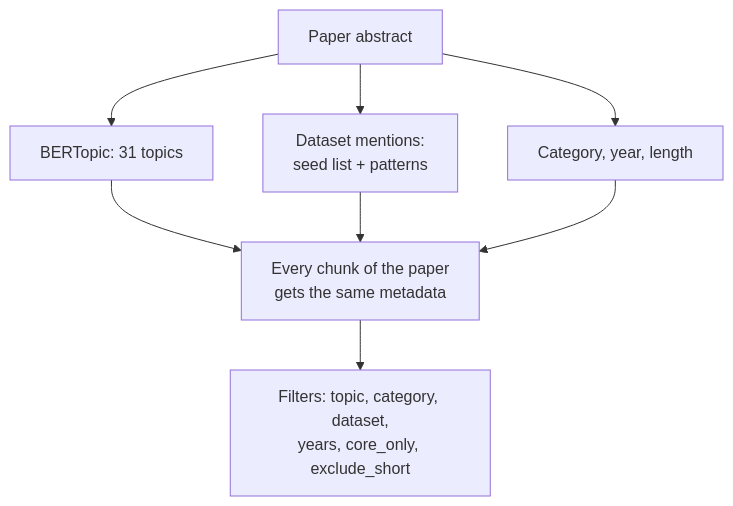
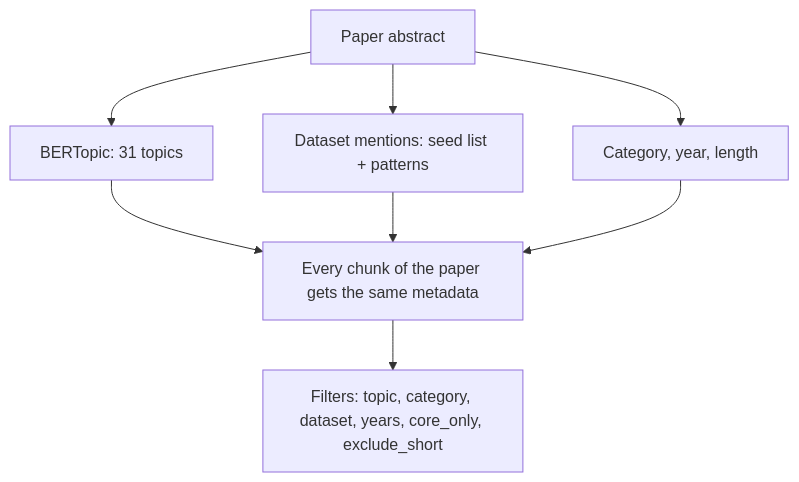
The third of 3 diagrams in README.md (NoorFatima-14/Parallax-internship), drawn with Mermaid before and after one commit. The commit also changed other lines of this file, not shown here.

````diff
--- a/README.md
+++ b/README.md
@@ -98,10 +94,10 @@
 ```mermaid
 flowchart TD
-    DOC[Paper abstract] --> T[BERTopic: 31 topics]
-    DOC --> N[Dataset mentions:<br/>seed list + patterns]
-    DOC --> M[Category, year, length]
-    T --> CH[Every chunk of the paper<br/>gets the same metadata]
+    DOC["Paper abstract"] --> T["BERTopic: 31 topics"]
+    DOC --> N["Dataset mentions: seed list + patterns"]
+    DOC --> M["Category, year, length"]
+    T --> CH["Every chunk of the paper gets the same metadata"]
     N --> CH
     M --> CH
-    CH --> FIL[Filters: topic, category, dataset,<br/>years, core_only, exclude_short]
+    CH --> FIL["Filters: topic, category, dataset, years, core_only, exclude_short"]
 ```
````
